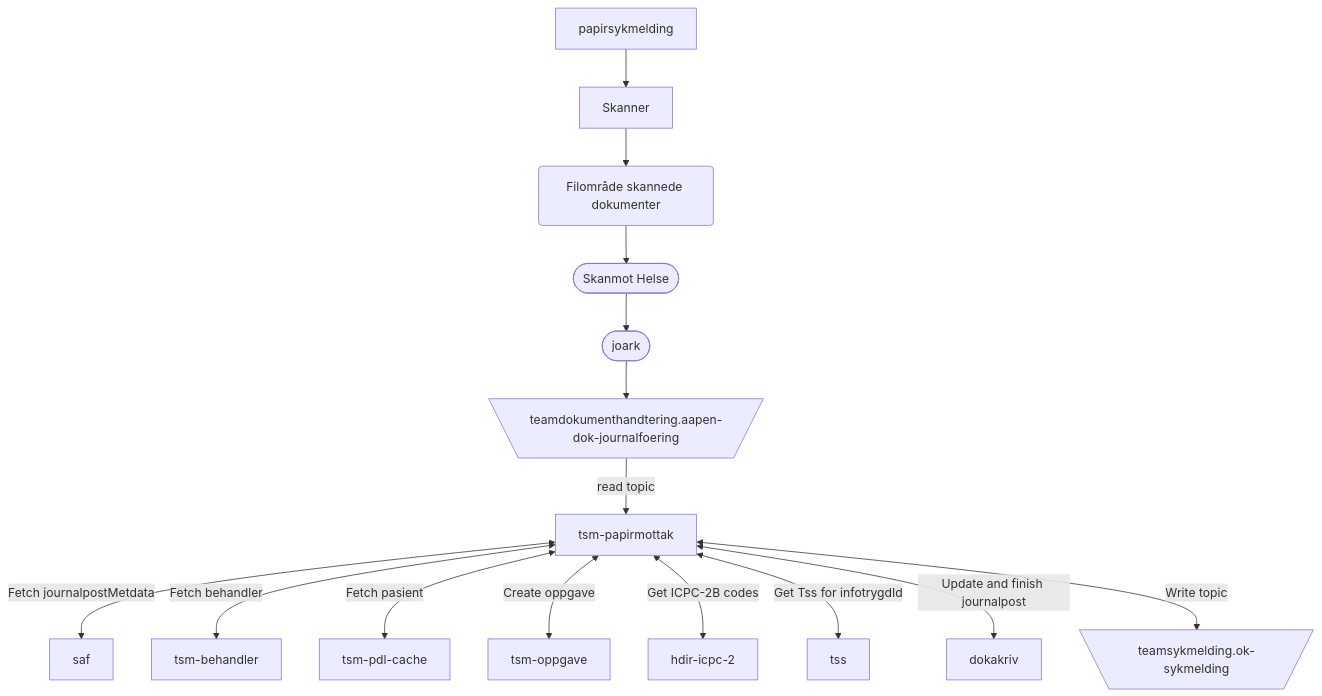
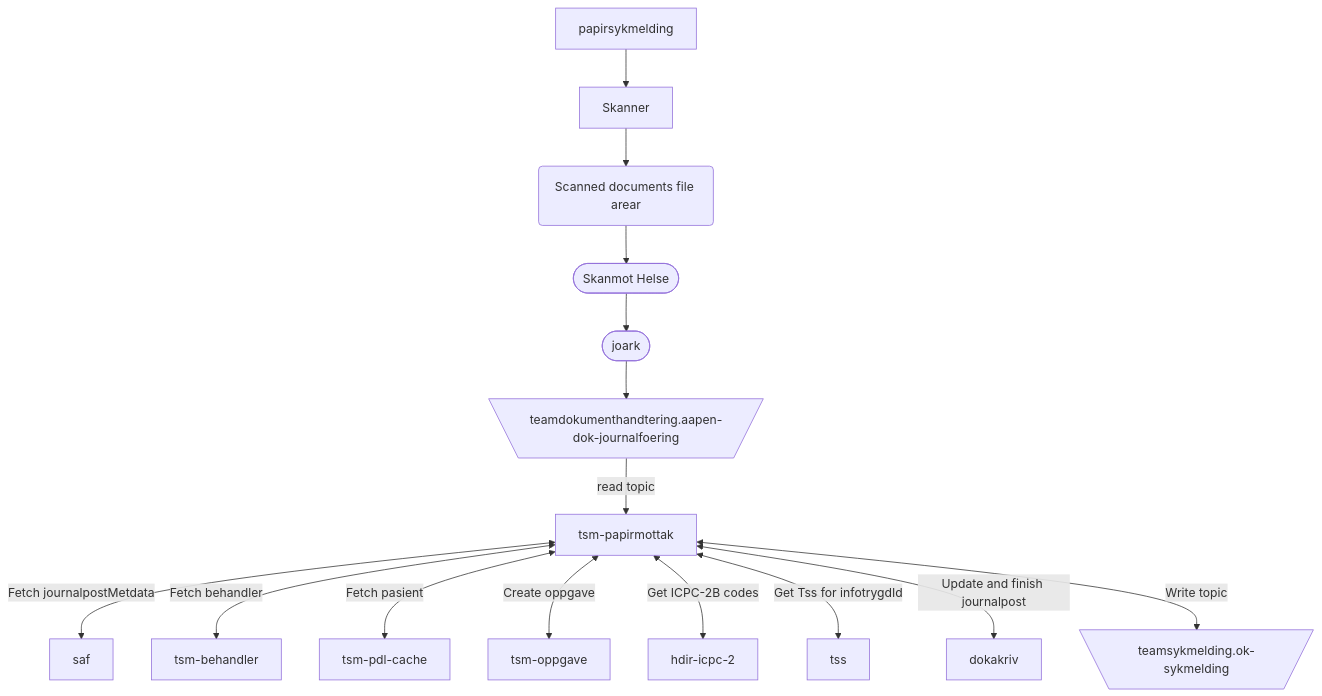
The diagram in README.md (navikt/tsm-papirmottak), drawn with Mermaid before and after one commit.

Commit message:
chore: updated FlowChart

````diff
--- a/README.md
+++ b/README.md
@@ -7,18 +7,18 @@
 ```mermaid
   graph TD
     papirsykmelding --> Skanner
-    Skanner --> id1(Filområde skannede dokumenter)
-    id1(Filområde skannede dokumenter) --> id2([Skanmot Helse])
+    Skanner --> id1(Scanned documents file area)
+    id1(Scanned documents file arear) --> id2([Skanmot Helse])
     id2([Skanmot Helse]) --> id3([joark])
     id3([joark]) --> A[\teamdokumenthandtering.aapen-dok-journalfoering/]
     A[\teamdokumenthandtering.aapen-dok-journalfoering/] --> |read topic| id4[tsm-papirmottak]
     id4[tsm-papirmottak] <--> |Fetch journalpostMetdata| id5[saf]
     id4[tsm-papirmottak] <--> |Fetch behandler| id6[tsm-behandler]
     id4[tsm-papirmottak] <--> |Fetch pasient| id7[tsm-pdl-cache]
     id4[tsm-papirmottak] <--> |Create oppgave| id8[tsm-oppgave]
     id4[tsm-papirmottak] <--> |Get ICPC-2B codes| id9[hdir-icpc-2]
     id4[tsm-papirmottak] <--> |Get Tss for infotrygdId| id10[tss]
     id4[tsm-papirmottak] <--> |Update and finish journalpost| id11[dokakriv]
     id4[tsm-papirmottak] <--> |Write topic| C[\teamsykmelding.ok-sykmelding
 /]
 ```
````
